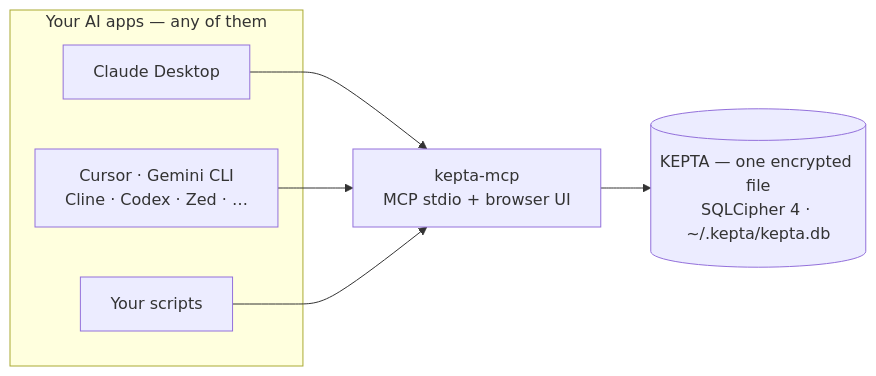
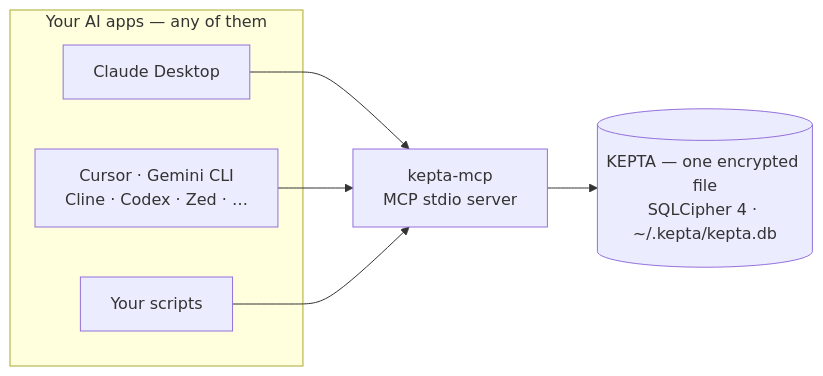
The diagram in README.md (DamianTodorovic/kepta), drawn with Mermaid before and after one commit. The commit also changed other lines of this file and 20 other files, not shown here.

````diff
--- a/README.md
+++ b/README.md
@@ -14,11 +14,11 @@
 ```mermaid
 flowchart LR
   subgraph Apps["Your AI apps — any of them"]
     A["Claude Desktop"]
     B["Cursor · Gemini CLI<br/>Cline · Codex · Zed · …"]
     C["Your scripts"]
   end
-  K["keptа-mcp<br/>MCP stdio + browser UI"]
+  K["keptа-mcp<br/>MCP stdio server"]
   E[("KEPTA — one encrypted file<br/>SQLCipher 4 · ~/.kepta/kepta.db")]
   A & B & C --> K --> E
 ```
````
